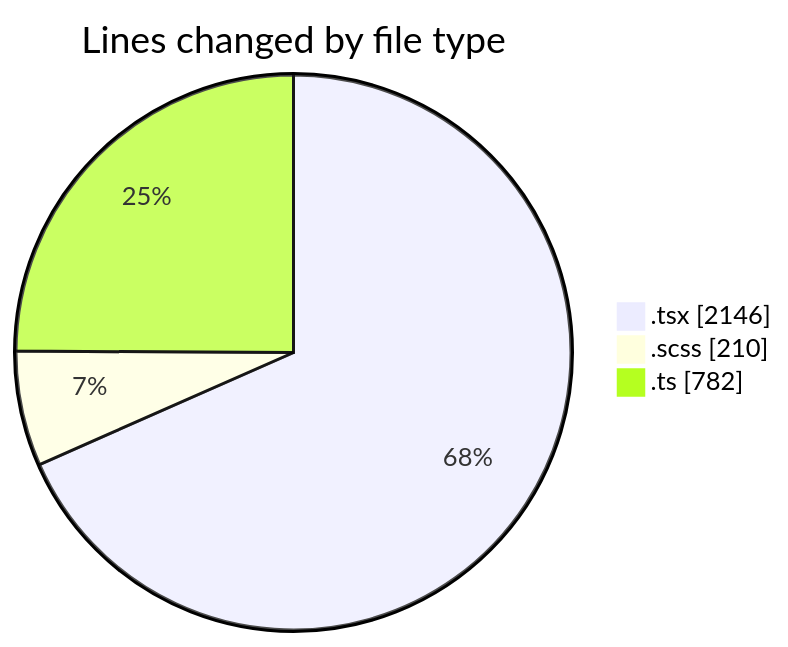
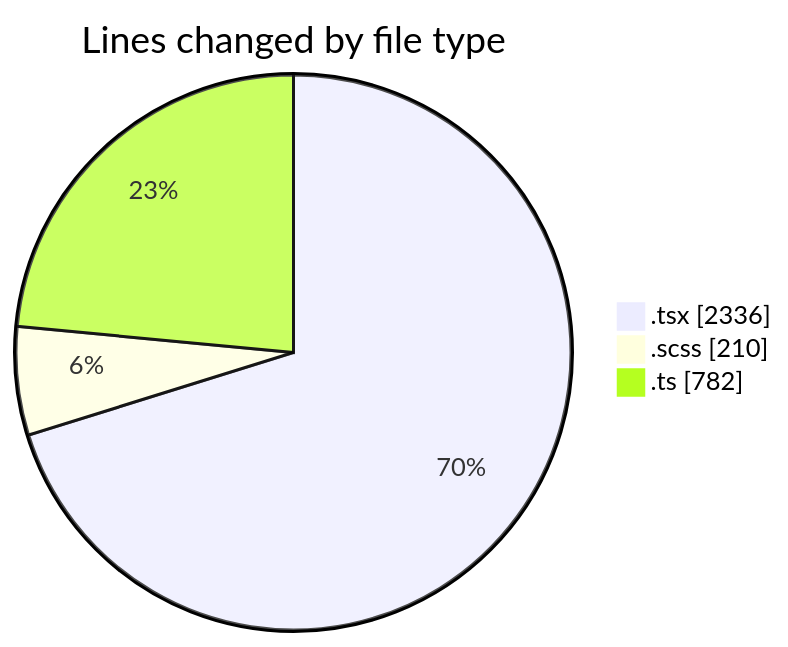
One commit to momahboobian/code-tracking changed the first of 2 diagrams in 2026-05-11/cda/README.md. Above: the diagram before and after it, drawn with Mermaid. The commit also changed other lines of this file and 1 other file, not shown here.

````diff
--- a/2026-05-11/cda/README.md
+++ b/2026-05-11/cda/README.md
@@ -40,7 +41,7 @@
 ```mermaid
 pie showData
 title Lines changed by file type
-".tsx" : 2146
+".tsx" : 2336
 ".scss" : 210
 ".ts" : 782
 ```
````
